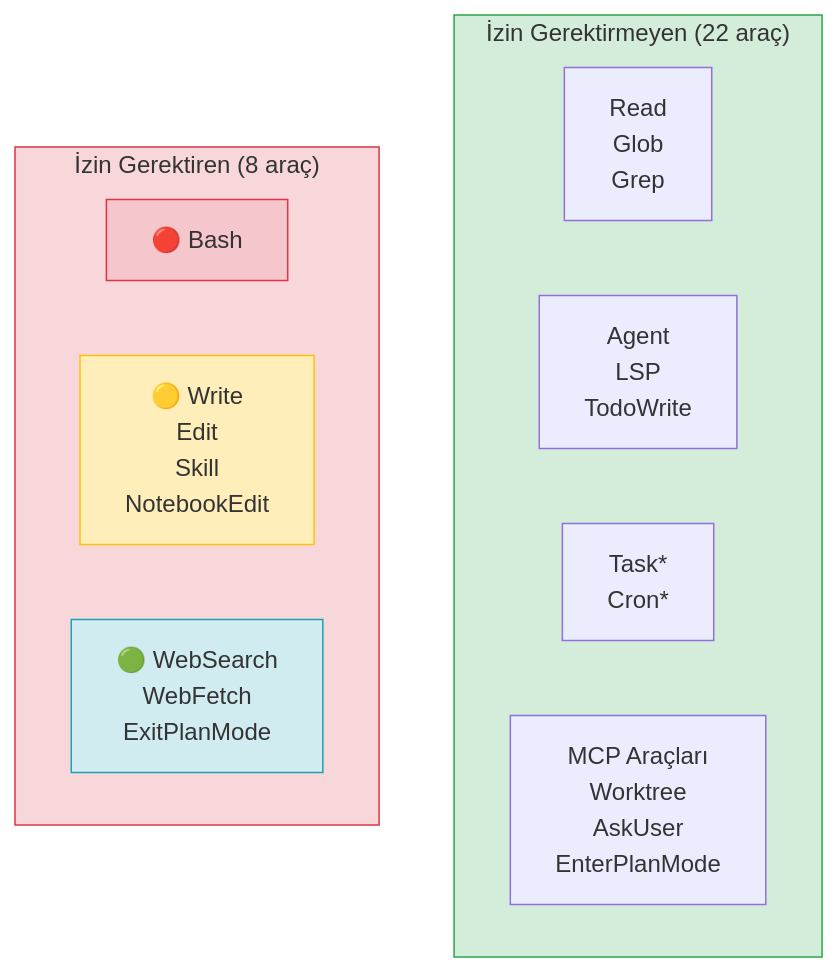
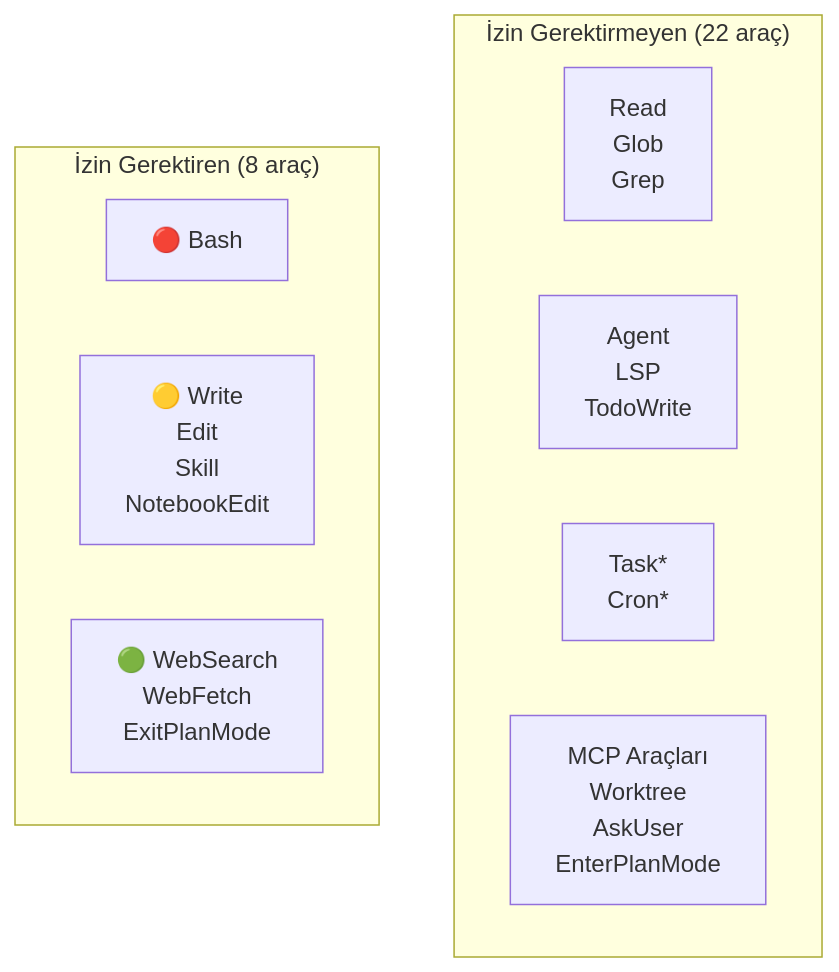
Before and after one commit to IzzetYasinAtes/ClaudeCodeHandbook: the second of 6 diagrams in 08-araclar/10-arac-izinleri-ve-kurallar.md, drawn with Mermaid. The commit also changed 97 other files, not shown here.

Commit message:
Remove all custom Mermaid style/fill colors from 98 markdown files for consistent dark theme rendering

````diff
--- a/08-araclar/10-arac-izinleri-ve-kurallar.md
+++ b/08-araclar/10-arac-izinleri-ve-kurallar.md
@@ -87,23 +87,18 @@
 ```mermaid
 flowchart TD
     subgraph izinsiz ["İzin Gerektirmeyen (22 araç)"]
         direction LR
         I1["Read<br/>Glob<br/>Grep"]
         I2["Agent<br/>LSP<br/>TodoWrite"]
         I3["Task*<br/>Cron*"]
         I4["MCP Araçları<br/>Worktree<br/>AskUser<br/>EnterPlanMode"]
     end
 
     subgraph izinli ["İzin Gerektiren (8 araç)"]
         direction LR
         P_HIGH["🔴 Bash"]
         P_MED["🟡 Write<br/>Edit<br/>Skill<br/>NotebookEdit"]
         P_LOW["🟢 WebSearch<br/>WebFetch<br/>ExitPlanMode"]
     end
 
-    style izinsiz fill:#d4edda,stroke:#28a745
-    style izinli fill:#f8d7da,stroke:#dc3545
-    style P_HIGH fill:#f5c6cb,stroke:#dc3545
-    style P_MED fill:#ffeeba,stroke:#ffc107
-    style P_LOW fill:#d1ecf1,stroke:#17a2b8
 ```
````
